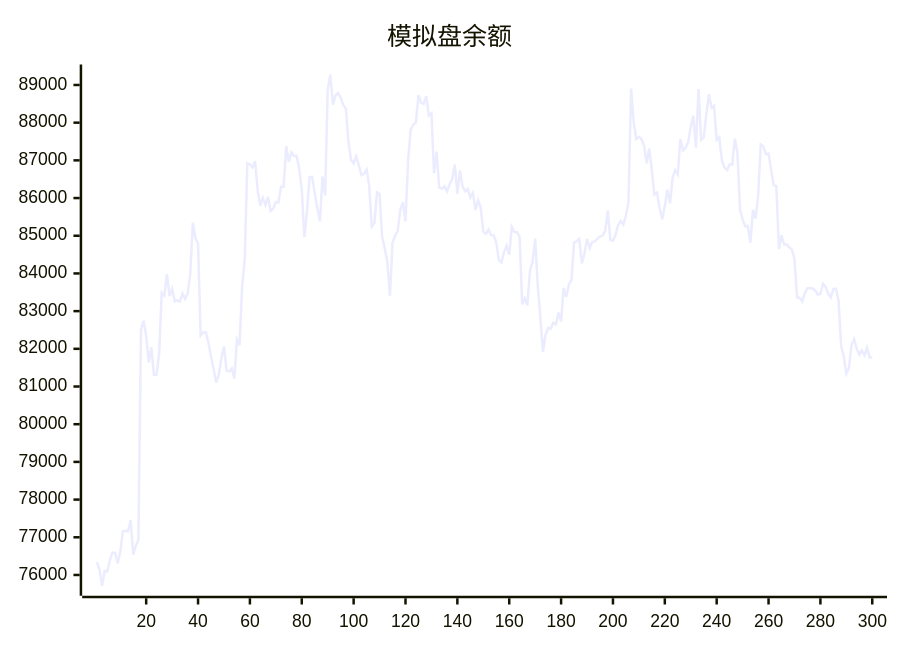
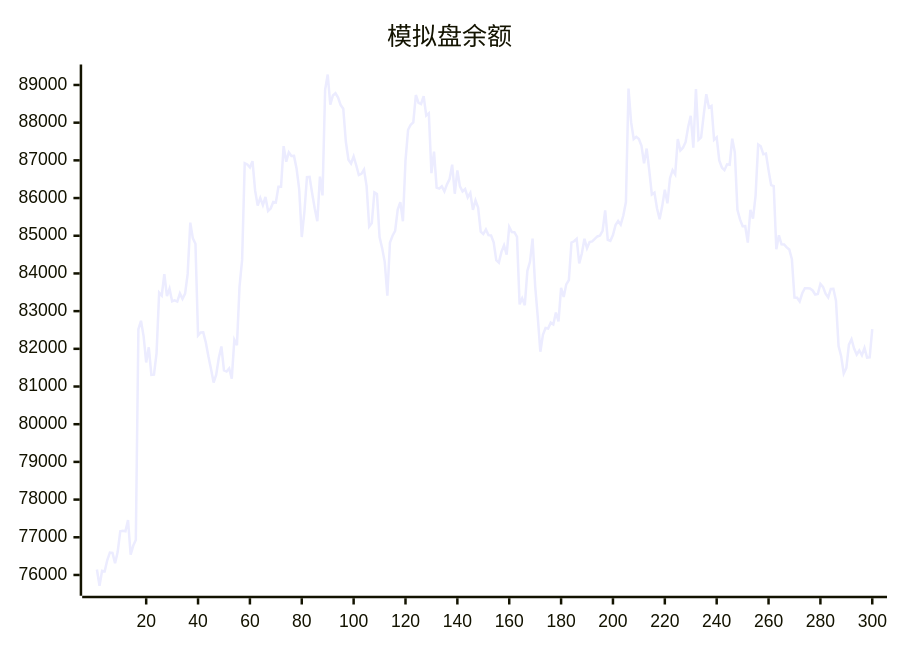
The diagram in README.md (aahl/ai-trading), drawn with Mermaid before and after one commit. The commit also changed other lines of this file and 1 other file, not shown here.

````diff
--- a/README.md
+++ b/README.md
@@ -5,5 +5,5 @@
 ```mermaid
 xychart
     title "模拟盘余额"
-    line [76339,76145,75714,76110,76096,76397,76594,76585,76310,76607,77160,77170,77160,77456,76541,76774,76927,82520,82744,82337,81639,82040,81307,81314,81887,83490,83414,83984,83396,83594,83261,83287,83253,83470,83327,83465,83987,85348,84930,84786,82355,82433,82438,82167,81795,81466,81105,81315,81756,82064,81426,81398,81481,81210,82242,82099,83658,84359,86925,86892,86814,86980,86203,85802,86003,85811,86028,85657,85721,85896,85880,86300,86299,87378,86965,87214,87115,87118,86780,86238,84966,85623,86555,86562,86129,85722,85387,86569,86070,88870,89278,88477,88720,88781,88668,88467,88372,87493,87018,86917,87102,86870,86613,86644,86758,86317,85242,85334,86149,86106,84968,84671,84302,83410,84816,85001,85127,85693,85891,85384,87001,87811,87945,88007,88734,88528,88495,88705,88189,88248,86662,87234,86279,86251,86314,86177,86364,86503,86886,86114,86731,86310,86176,86240,86017,86136,85685,85938,85749,85111,85044,85164,85016,85008,84824,84354,84287,84572,84745,84500,85234,85096,85095,84970,83180,83338,83157,84070,84309,84922,83667,82850,81924,82369,82552,82539,82695,82648,82962,82728,83619,83378,83710,83825,84819,84854,84917,84265,84527,84919,84668,84834,84850,84916,84981,85004,85131,85674,84891,84864,85019,85284,85393,85294,85538,85894,88904,88012,87567,87625,87568,87386,86920,87313,86737,86094,86143,85725,85437,85787,86219,85859,86526,86740,86630,87563,87264,87335,87483,87886,88180,87335,88894,87544,87608,88207,88755,88401,88444,87543,87608,87000,86810,86740,86894,86884,87576,87209,85686,85435,85251,85255,84820,85689,85453,86066,87420,87373,87161,87178,86740,86341,86315,84643,85012,84772,84768,84690,84635,84376,83360,83357,83259,83474,83608,83606,83602,83548,83440,83454,83724,83644,83464,83365,83590,83592,83275,82072,81806,81344,81492,82109,82254,82006,81848,81955,81829,82022,81769,81776]
+    line [76145,75714,76110,76096,76397,76594,76585,76310,76607,77160,77170,77160,77456,76541,76774,76927,82520,82744,82337,81639,82040,81307,81314,81887,83490,83414,83984,83396,83594,83261,83287,83253,83470,83327,83465,83987,85348,84930,84786,82355,82433,82438,82167,81795,81466,81105,81315,81756,82064,81426,81398,81481,81210,82242,82099,83658,84359,86925,86892,86814,86980,86203,85802,86003,85811,86028,85657,85721,85896,85880,86300,86299,87378,86965,87214,87115,87118,86780,86238,84966,85623,86555,86562,86129,85722,85387,86569,86070,88870,89278,88477,88720,88781,88668,88467,88372,87493,87018,86917,87102,86870,86613,86644,86758,86317,85242,85334,86149,86106,84968,84671,84302,83410,84816,85001,85127,85693,85891,85384,87001,87811,87945,88007,88734,88528,88495,88705,88189,88248,86662,87234,86279,86251,86314,86177,86364,86503,86886,86114,86731,86310,86176,86240,86017,86136,85685,85938,85749,85111,85044,85164,85016,85008,84824,84354,84287,84572,84745,84500,85234,85096,85095,84970,83180,83338,83157,84070,84309,84922,83667,82850,81924,82369,82552,82539,82695,82648,82962,82728,83619,83378,83710,83825,84819,84854,84917,84265,84527,84919,84668,84834,84850,84916,84981,85004,85131,85674,84891,84864,85019,85284,85393,85294,85538,85894,88904,88012,87567,87625,87568,87386,86920,87313,86737,86094,86143,85725,85437,85787,86219,85859,86526,86740,86630,87563,87264,87335,87483,87886,88180,87335,88894,87544,87608,88207,88755,88401,88444,87543,87608,87000,86810,86740,86894,86884,87576,87209,85686,85435,85251,85255,84820,85689,85453,86066,87420,87373,87161,87178,86740,86341,86315,84643,85012,84772,84768,84690,84635,84376,83360,83357,83259,83474,83608,83606,83602,83548,83440,83454,83724,83644,83464,83365,83590,83592,83275,82072,81806,81344,81492,82109,82254,82006,81848,81955,81829,82022,81769,81776,82522]
 ```
````
